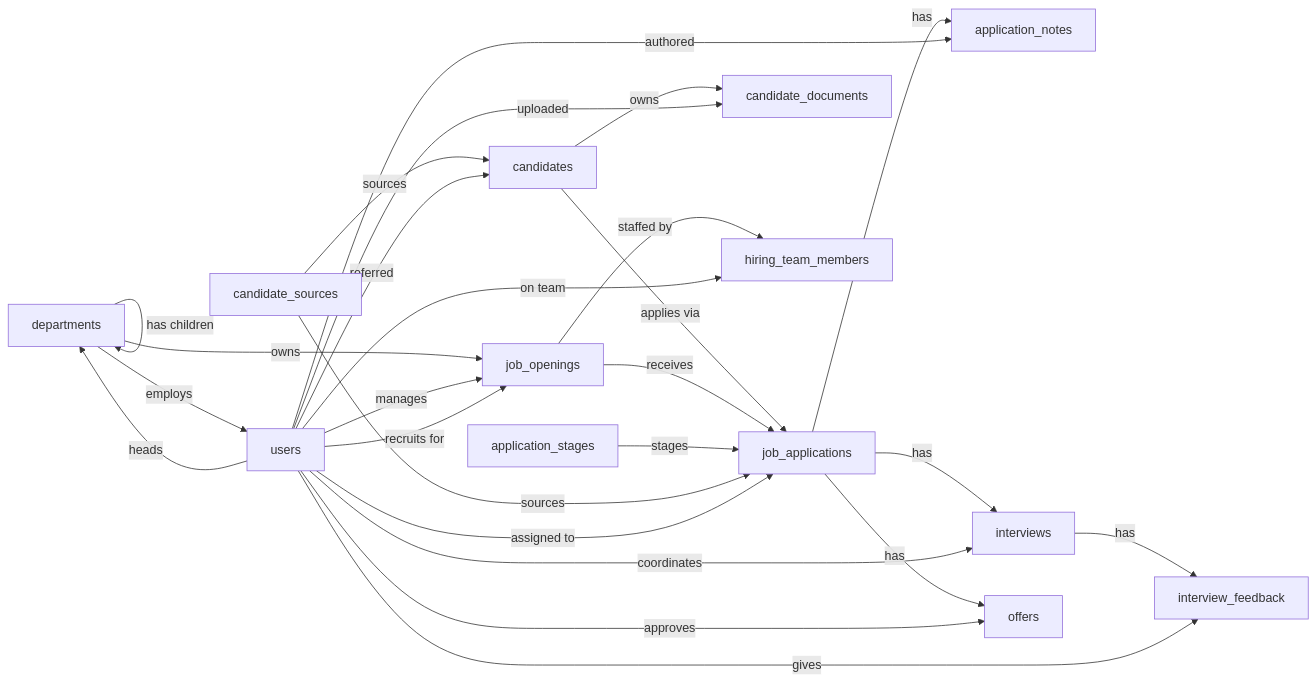
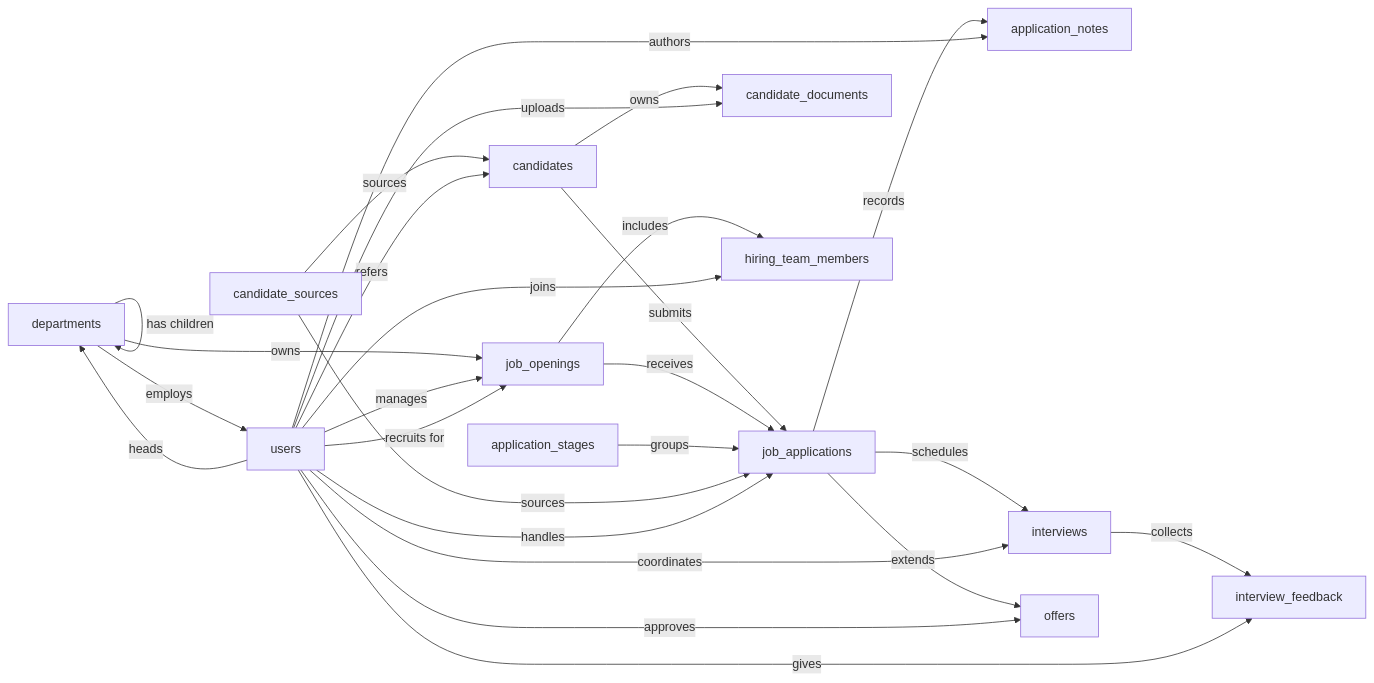
Before and after one commit to semantius/semantius: the diagram in models/applicant_tracking-semantic-model.md, drawn with Mermaid. The commit also changed other lines of this file and 9 other files, not shown here.

````diff
--- a/models/applicant_tracking-semantic-model.md
+++ b/models/applicant_tracking-semantic-model.md
@@ -54,28 +54,28 @@
 ```mermaid
 flowchart LR
     departments -->|has children| departments
     users -->|heads| departments
     departments -->|employs| users
     departments -->|owns| job_openings
     users -->|manages| job_openings
     users -->|recruits for| job_openings
     candidate_sources -->|sources| candidates
-    users -->|referred| candidates
-    candidates -->|applies via| job_applications
+    users -->|refers| candidates
+    candidates -->|submits| job_applications
     job_openings -->|receives| job_applications
-    application_stages -->|stages| job_applications
+    application_stages -->|groups| job_applications
     candidate_sources -->|sources| job_applications
-    users -->|assigned to| job_applications
+    users -->|handles| job_applications
     candidates -->|owns| candidate_documents
-    users -->|uploaded| candidate_documents
-    job_applications -->|has| application_notes
-    users -->|authored| application_notes
-    job_applications -->|has| interviews
+    users -->|uploads| candidate_documents
+    job_applications -->|records| application_notes
+    users -->|authors| application_notes
+    job_applications -->|schedules| interviews
     users -->|coordinates| interviews
-    interviews -->|has| interview_feedback
+    interviews -->|collects| interview_feedback
     users -->|gives| interview_feedback
-    job_applications -->|has| offers
+    job_applications -->|extends| offers
     users -->|approves| offers
-    job_openings -->|staffed by| hiring_team_members
-    users -->|on team| hiring_team_members
+    job_openings -->|includes| hiring_team_members
+    users -->|joins| hiring_team_members
 ```
````
